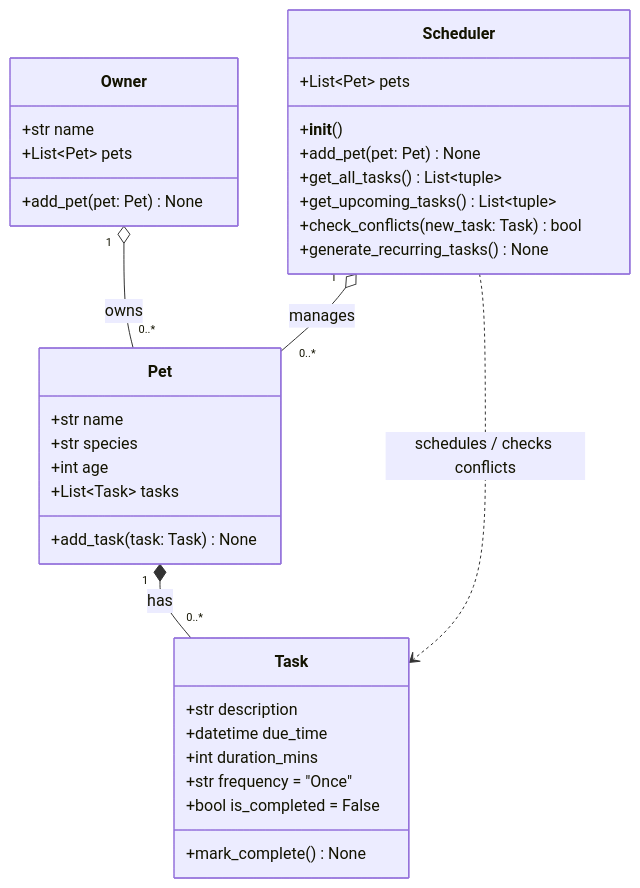
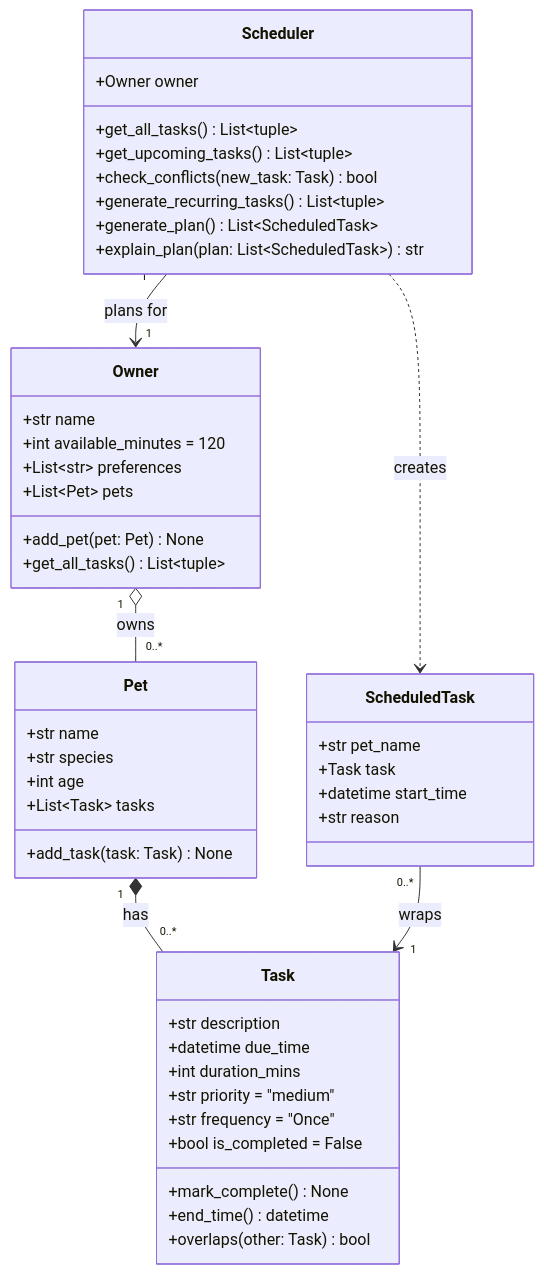
The diagram in diagrams/uml_draft.mmd (codepath/ai110-module2show-pawpal-starter), drawn with Mermaid before and after one commit. The commit also changed 5 other files, not shown here.

```diff
--- a/diagrams/uml_draft.mmd
+++ b/diagrams/uml_draft.mmd
@@ -1,41 +1,54 @@
 classDiagram
-    %% Task, Pet, and Scheduler come from pawpal_system.py.
-    %% Owner is proposed: app.py asks for an owner name, but no Owner class exists yet.
+    %% Matches the skeleton in Pawpal_system.py.
 
     class Owner {
         +str name
+        +int available_minutes = 120
+        +List~str~ preferences
         +List~Pet~ pets
         +add_pet(pet: Pet) None
+        +get_all_tasks() List~tuple~
     }
 
     class Pet {
         +str name
         +str species
         +int age
         +List~Task~ tasks
         +add_task(task: Task) None
     }
 
     class Task {
         +str description
         +datetime due_time
         +int duration_mins
+        +str priority = "medium"
         +str frequency = "Once"
         +bool is_completed = False
         +mark_complete() None
+        +end_time() datetime
+        +overlaps(other: Task) bool
+    }
+
+    class ScheduledTask {
+        +str pet_name
+        +Task task
+        +datetime start_time
+        +str reason
     }
 
     class Scheduler {
-        +List~Pet~ pets
-        +__init__()
-        +add_pet(pet: Pet) None
+        +Owner owner
         +get_all_tasks() List~tuple~
         +get_upcoming_tasks() List~tuple~
         +check_conflicts(new_task: Task) bool
-        +generate_recurring_tasks() None
+        +generate_recurring_tasks() List~tuple~
+        +generate_plan() List~ScheduledTask~
+        +explain_plan(plan: List~ScheduledTask~) str
     }
 
     Owner "1" o-- "0..*" Pet : owns
     Pet "1" *-- "0..*" Task : has
-    Scheduler "1" o-- "0..*" Pet : manages
-    Scheduler ..> Task : schedules / checks conflicts
+    Scheduler "1" --> "1" Owner : plans for
+    Scheduler ..> ScheduledTask : creates
+    ScheduledTask "0..*" --> "1" Task : wraps
```
